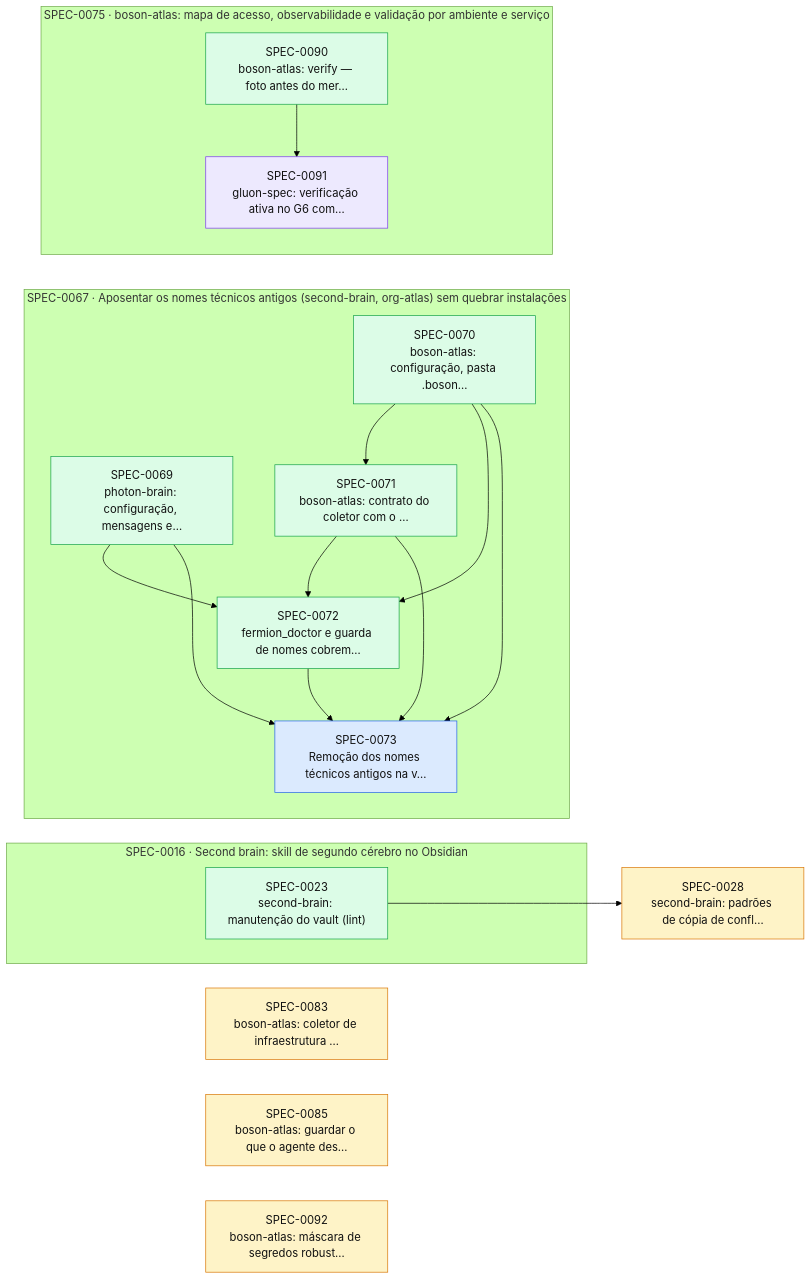
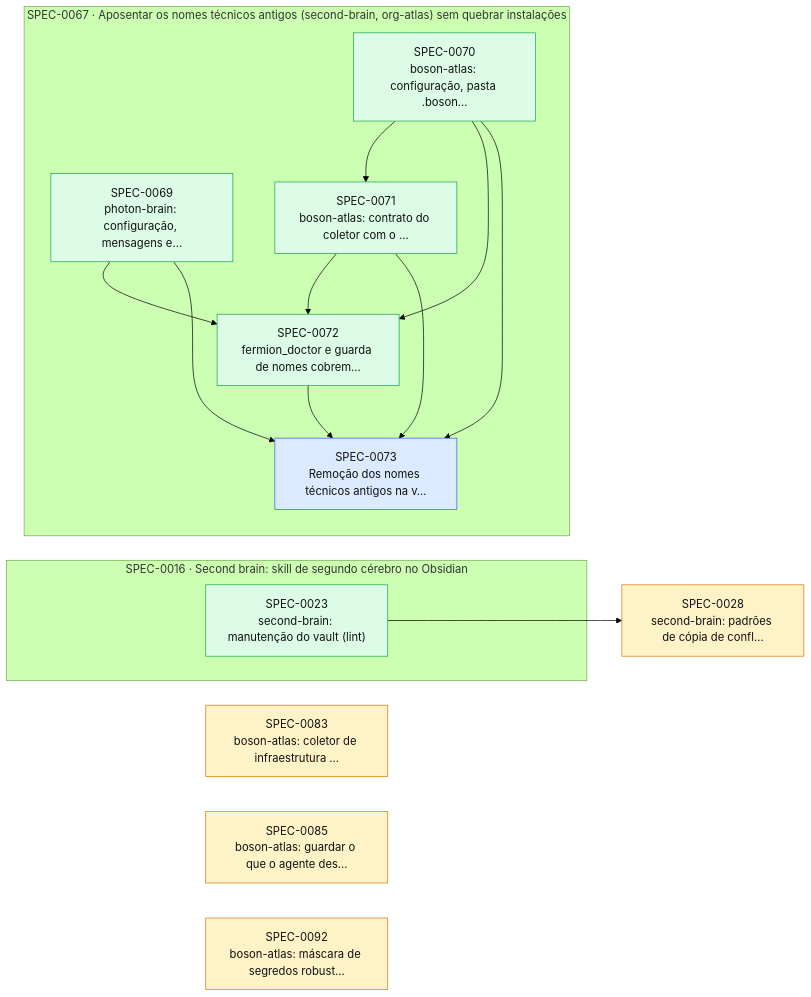
Before and after one commit to thomasravache/ai-dev-brain: the diagram in docs/specs/INDEX.md, drawn with Mermaid (forest theme). The commit also changed other lines of this file and 1 other file, not shown here.

First line of the commit message:
docs(specs): G7 e fechamento da SPEC-0091

````diff
--- a/docs/specs/INDEX.md
+++ b/docs/specs/INDEX.md
@@ -65,36 +64,31 @@
 ```mermaid
 flowchart LR
   S0028["SPEC-0028<br/>second-brain: padrões de cópia de confl…"]:::proposed
   S0083["SPEC-0083<br/>boson-atlas: coletor de infraestrutura …"]:::proposed
   S0085["SPEC-0085<br/>boson-atlas: guardar o que o agente des…"]:::proposed
   S0092["SPEC-0092<br/>boson-atlas: máscara de segredos robust…"]:::proposed
   subgraph E0016["SPEC-0016 · Second brain: skill de segundo cérebro no Obsidian"]
     S0023["SPEC-0023<br/>second-brain: manutenção do vault (lint)"]:::implemented
   end
   subgraph E0067["SPEC-0067 · Aposentar os nomes técnicos antigos (second-brain, org-atlas) sem quebrar instalações"]
     S0069["SPEC-0069<br/>photon-brain: configuração, mensagens e…"]:::implemented
     S0070["SPEC-0070<br/>boson-atlas: configuração, pasta .boson…"]:::implemented
     S0071["SPEC-0071<br/>boson-atlas: contrato do coletor com o …"]:::implemented
     S0072["SPEC-0072<br/>fermion_doctor e guarda de nomes cobrem…"]:::implemented
     S0073["SPEC-0073<br/>Remoção dos nomes técnicos antigos na v…"]:::approved
   end
-  subgraph E0075["SPEC-0075 · boson-atlas: mapa de acesso, observabilidade e validação por ambiente e serviço"]
-    S0090["SPEC-0090<br/>boson-atlas: verify — foto antes do mer…"]:::implemented
-    S0091["SPEC-0091<br/>gluon-spec: verificação ativa no G6 com…"]:::inprogress
-  end
   S0023 --> S0028
   S0070 --> S0071
   S0069 --> S0072
   S0070 --> S0072
   S0071 --> S0072
   S0069 --> S0073
   S0070 --> S0073
   S0071 --> S0073
   S0072 --> S0073
-  S0090 --> S0091
   classDef proposed fill:#fef3c7,stroke:#d97706,color:#111
   classDef approved fill:#dbeafe,stroke:#2563eb,color:#111
   classDef inprogress fill:#ede9fe,stroke:#7c3aed,color:#111
   classDef implemented fill:#dcfce7,stroke:#16a34a,color:#111
   classDef deprecated fill:#f3f4f6,stroke:#9ca3af,color:#6b7280
 ```
````
